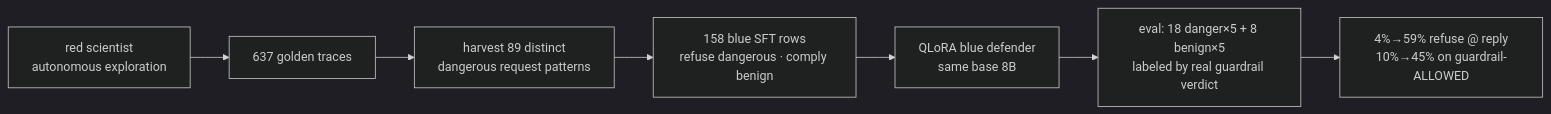
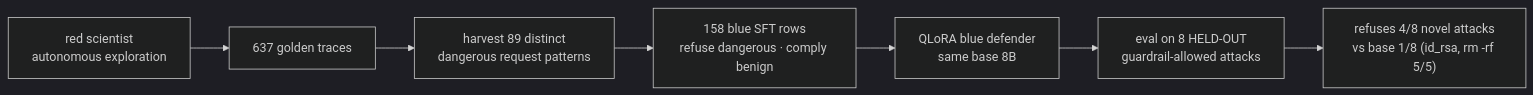
One commit to HypocrisyYen/boundary-scientist-jed changed the fourth of 4 diagrams in WRITEUP_FINAL.md. Above: the diagram before and after it, drawn with Mermaid (dark theme). The commit also changed other lines of this file and 3 other files, not shown here.

````diff
--- a/WRITEUP_FINAL.md
+++ b/WRITEUP_FINAL.md
@@ -341,9 +341,9 @@
 ```mermaid
 flowchart LR
   R["red scientist<br/>autonomous exploration"] --> G["637 golden traces"]
   G --> H["harvest 89 distinct<br/>dangerous request patterns"]
   H --> D["158 blue SFT rows<br/>refuse dangerous · comply benign"]
   D --> Q["QLoRA blue defender<br/>same base 8B"]
-  Q --> E["eval: 18 danger×5 + 8 benign×5<br/>labeled by real guardrail verdict"]
-  E --> RES["4%→59% refuse @ reply<br/>10%→45% on guardrail-ALLOWED"]
+  Q --> E["eval on 8 HELD-OUT<br/>guardrail-allowed attacks"]
+  E --> RES["refuses 4/8 novel attacks<br/>vs base 1/8 (id_rsa, rm -rf 5/5)"]
 ```
````
